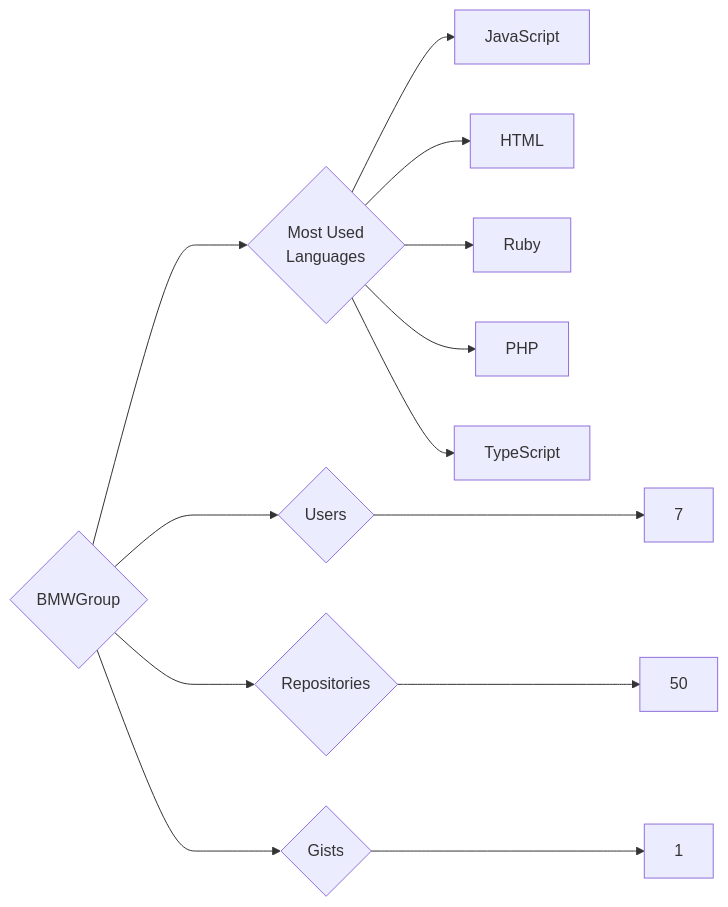
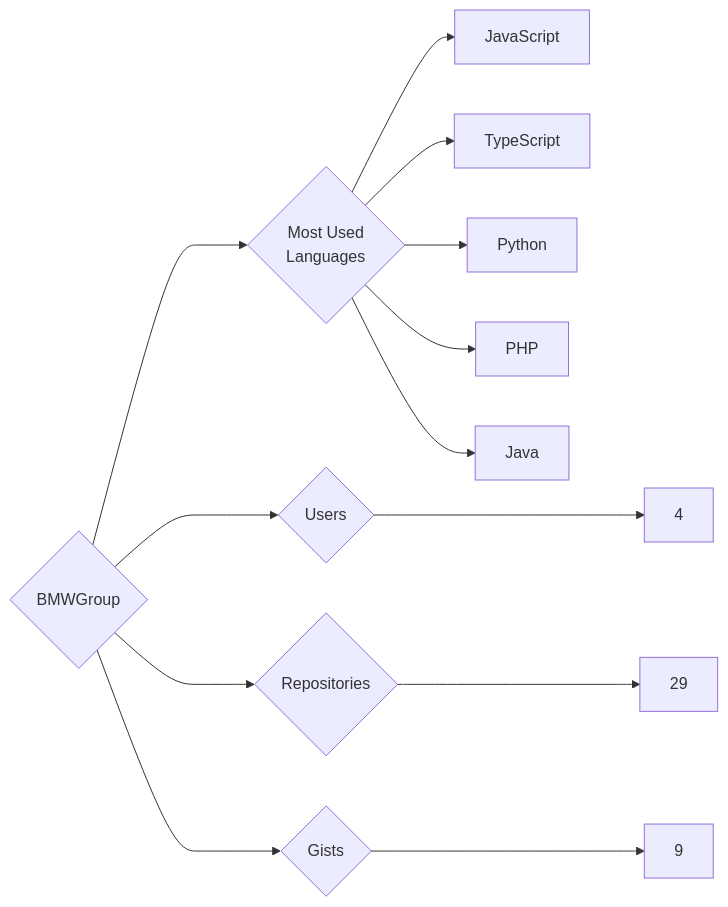
The diagram in targets/BMWGroup/README.md (trickest/insiders), drawn with Mermaid before and after one commit. The commit also changed 1212 other files, not shown here.

````diff
--- a/targets/BMWGroup/README.md
+++ b/targets/BMWGroup/README.md
@@ -3,13 +3,13 @@
 ```mermaid
 graph LR
 COMPANY_NAME{BMWGroup}
-COMPANY_NAME ---> U{Users} ---> UN[7]
-COMPANY_NAME ---> R{Repositories} ---> RN[50]
-COMPANY_NAME ---> G{Gists} ---> GN[1]
+COMPANY_NAME ---> U{Users} ---> UN[4]
+COMPANY_NAME ---> R{Repositories} ---> RN[29]
+COMPANY_NAME ---> G{Gists} ---> GN[9]
 COMPANY_NAME ---> ML{Most Used<br>Languages}
 ML --> JavaScript[JavaScript]
-ML --> HTML[HTML]
-ML --> Ruby[Ruby]
+ML --> TypeScript[TypeScript]
+ML --> Python[Python]
 ML --> PHP[PHP]
-ML --> TypeScript[TypeScript]
+ML --> Java[Java]
 ```
````
